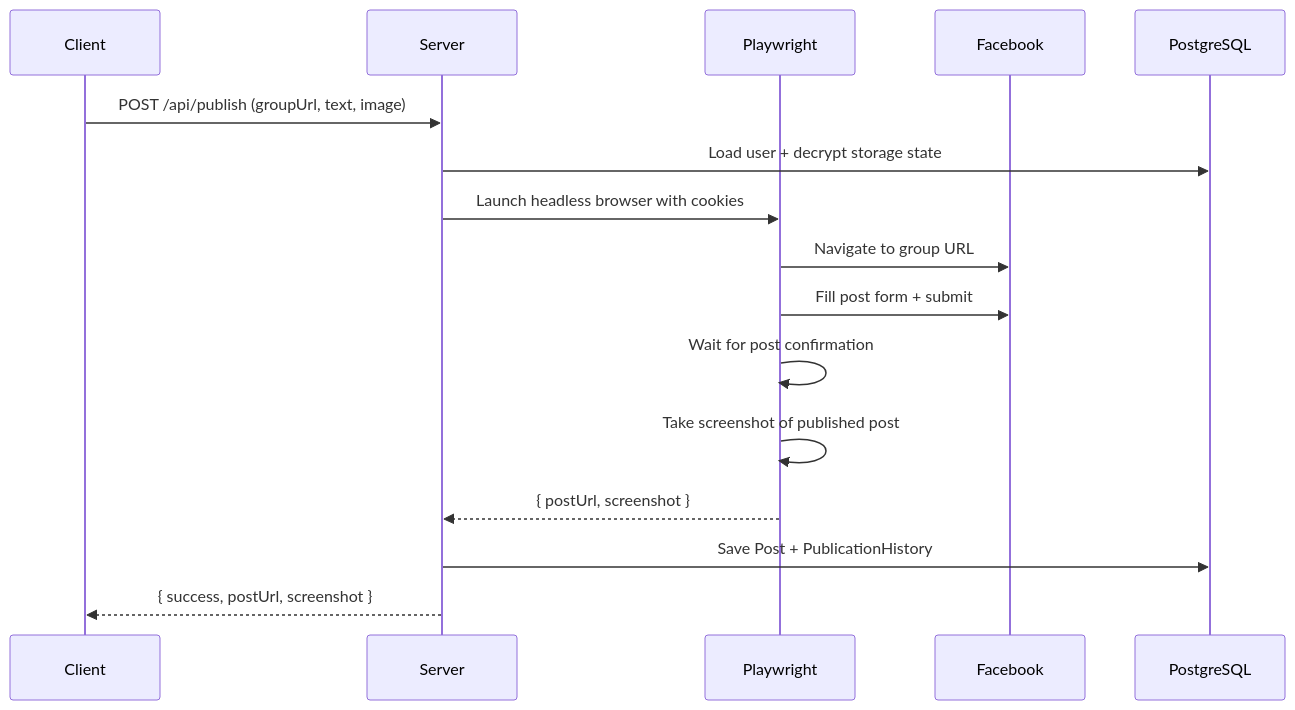
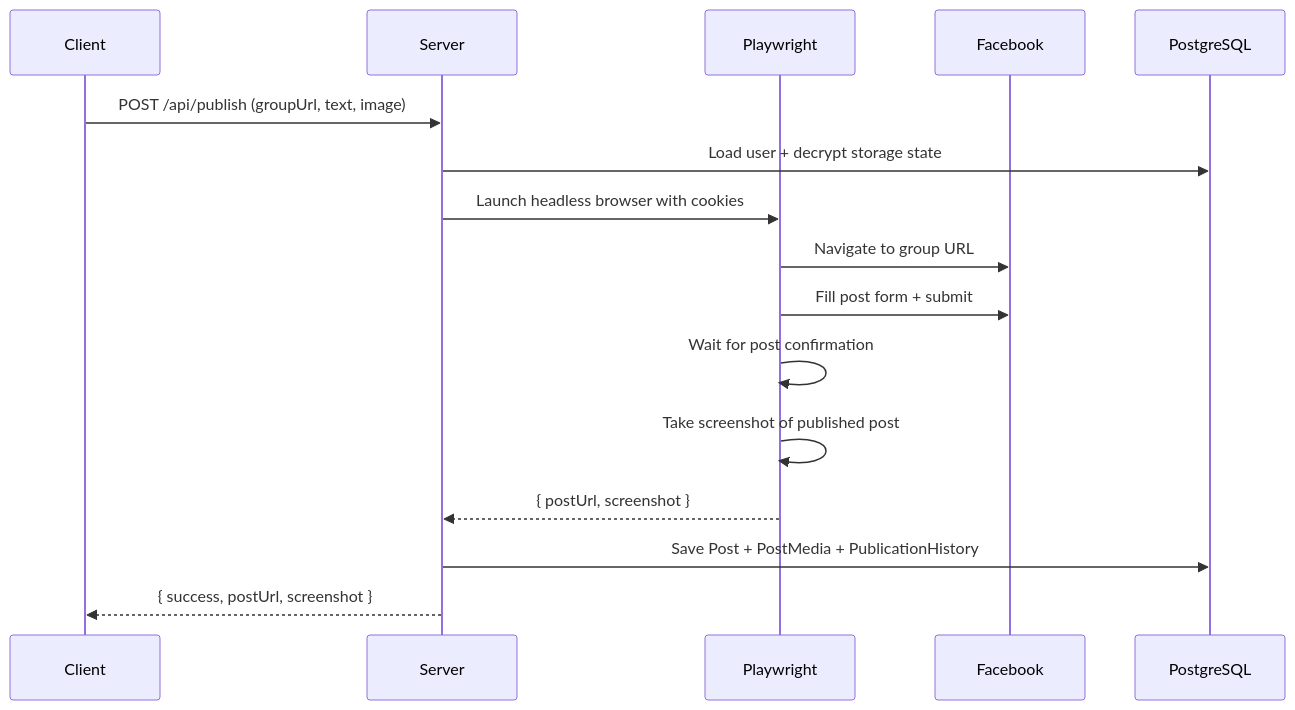
One commit to dvirhp/possbo changed the fifth of 11 diagrams in .copilot/data-flow.md. Above: the diagram before and after it, drawn with Mermaid. The commit also changed other lines of this file and 132 other files, not shown here.

````diff
--- a/.copilot/data-flow.md
+++ b/.copilot/data-flow.md
@@ -58,19 +126,19 @@
 ```mermaid
 sequenceDiagram
     participant C as Client
     participant S as Server
     participant PW as Playwright
     participant FB as Facebook
     participant DB as PostgreSQL
 
     C->>S: POST /api/publish (groupUrl, text, image)
     S->>DB: Load user + decrypt storage state
     S->>PW: Launch headless browser with cookies
     PW->>FB: Navigate to group URL
     PW->>FB: Fill post form + submit
     PW->>PW: Wait for post confirmation
     PW->>PW: Take screenshot of published post
     PW-->>S: { postUrl, screenshot }
-    S->>DB: Save Post + PublicationHistory
+    S->>DB: Save Post + PostMedia + PublicationHistory
     S-->>C: { success, postUrl, screenshot }
 ```
````
